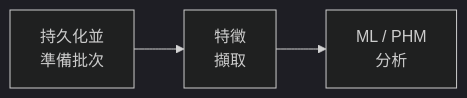
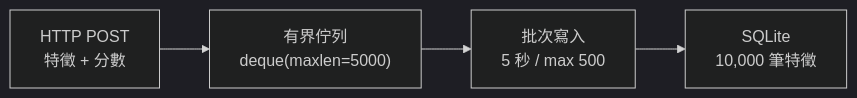
The fourth of 14 diagrams in content/zh-tw/projects/edge-ai-platform-ppt169/index.md (jiejiefu/blog), drawn with Mermaid (dark theme) before and after one commit. The commit also changed other lines of this file and 4 other files, not shown here.

````diff
--- a/content/zh-tw/projects/edge-ai-platform-ppt169/index.md
+++ b/content/zh-tw/projects/edge-ai-platform-ppt169/index.md
@@ -204,5 +212,6 @@
 ```mermaid
 flowchart LR
-    D["持久化並<br/>準備批次"] --> E["特徵<br/>擷取"]
-    E --> F["ML / PHM<br/>分析"]
+    E["HTTP POST<br/>特徵 + 分數"] --> F["有界佇列<br/>deque(maxlen=5000)"]
+    F --> G["批次寫入<br/>5 秒 / max 500"]
+    G --> H["SQLite<br/>10,000 筆特徵"]
 ```
````
